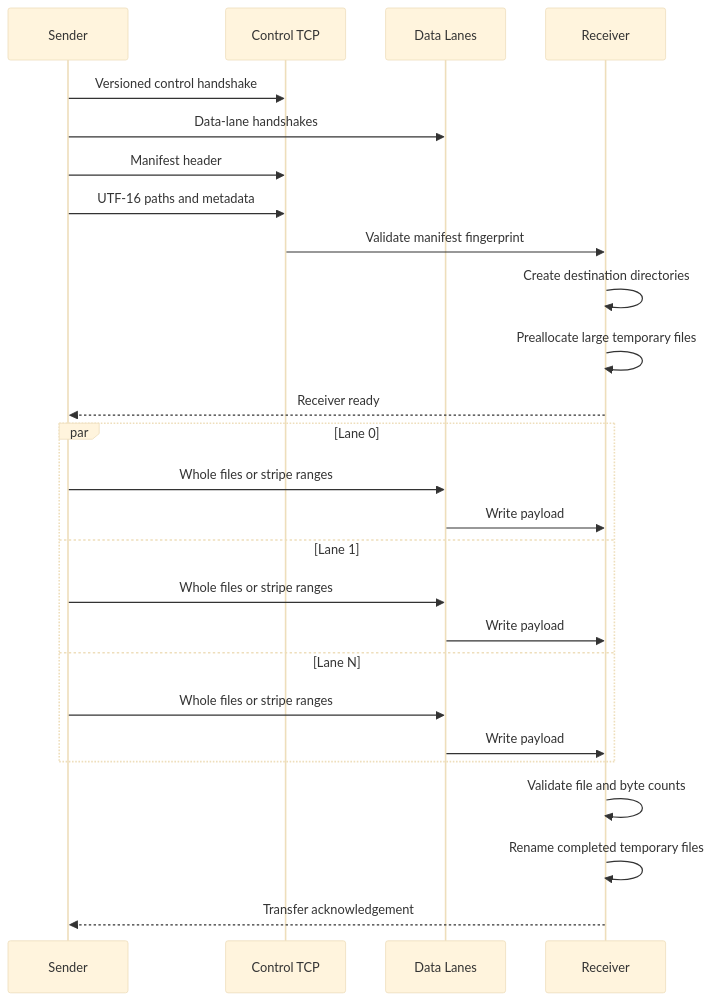
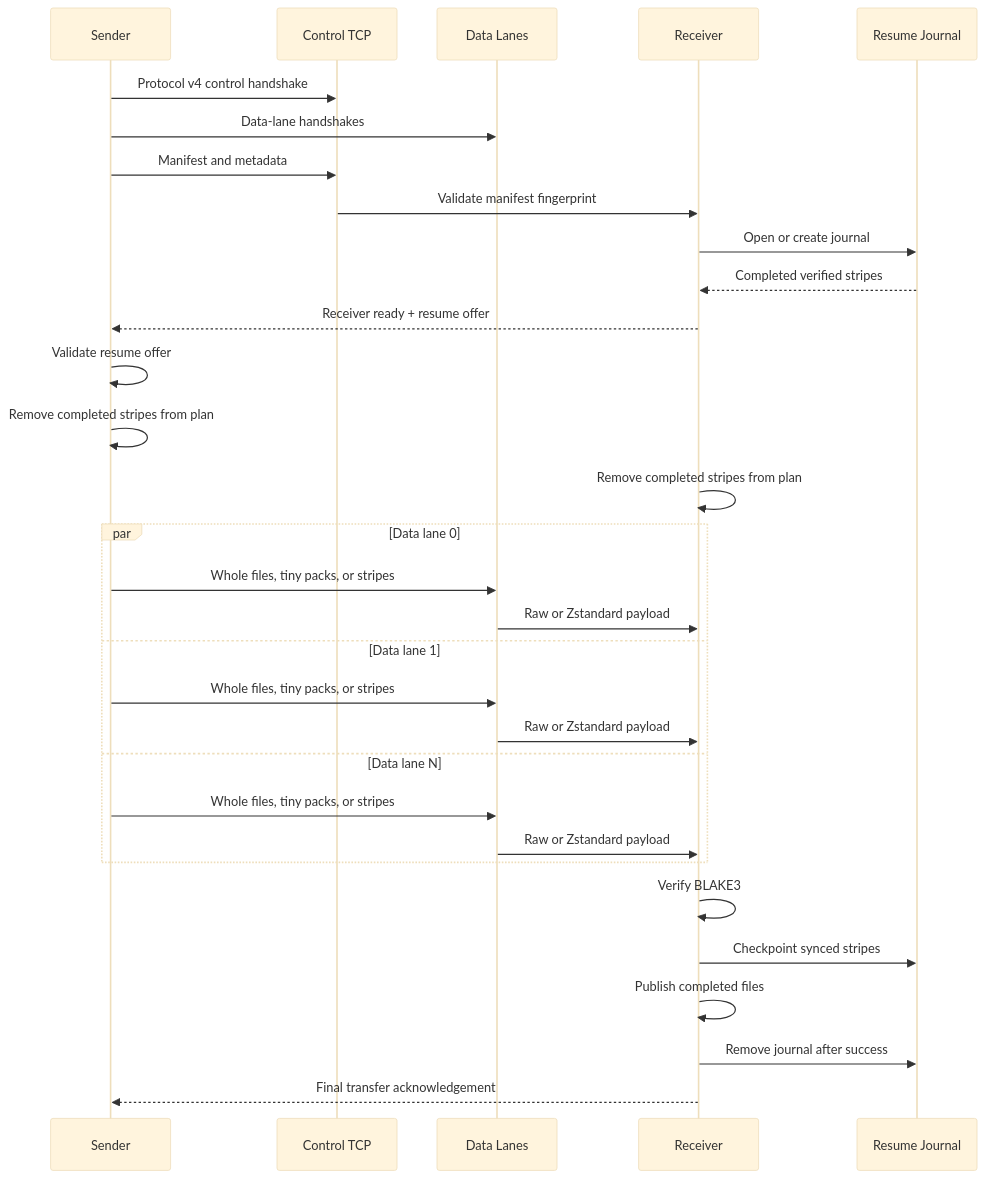
One commit to Nemeth-Tamas/networkcopy-speed changed the third of 3 diagrams in README.md. Above: the diagram before and after it, drawn with Mermaid (base theme). The commit also changed other lines of this file, not shown here.

Commit message:
docs: update project status and architecture

````diff
--- a/README.md
+++ b/README.md
@@ -195,31 +339,38 @@
 ```mermaid
 sequenceDiagram
     participant S as Sender
     participant C as Control TCP
     participant D as Data Lanes
     participant R as Receiver
+    participant J as Resume Journal
 
-    S->>C: Versioned control handshake
+    S->>C: Protocol v4 control handshake
     S->>D: Data-lane handshakes
-    S->>C: Manifest header
-    S->>C: UTF-16 paths and metadata
+    S->>C: Manifest and metadata
     C->>R: Validate manifest fingerprint
-    R->>R: Create destination directories
-    R->>R: Preallocate large temporary files
-    R-->>S: Receiver ready
 
-    par Lane 0
-        S->>D: Whole files or stripe ranges
-        D->>R: Write payload
-    and Lane 1
-        S->>D: Whole files or stripe ranges
-        D->>R: Write payload
-    and Lane N
-        S->>D: Whole files or stripe ranges
-        D->>R: Write payload
+    R->>J: Open or create journal
+    J-->>R: Completed verified stripes
+    R-->>S: Receiver ready + resume offer
+
+    S->>S: Validate resume offer
+    S->>S: Remove completed stripes from plan
+    R->>R: Remove completed stripes from plan
+
+    par Data lane 0
+        S->>D: Whole files, tiny packs, or stripes
+        D->>R: Raw or Zstandard payload
+    and Data lane 1
+        S->>D: Whole files, tiny packs, or stripes
+        D->>R: Raw or Zstandard payload
+    and Data lane N
+        S->>D: Whole files, tiny packs, or stripes
+        D->>R: Raw or Zstandard payload
     end
 
-    R->>R: Validate file and byte counts
-    R->>R: Rename completed temporary files
-    R-->>S: Transfer acknowledgement
+    R->>R: Verify BLAKE3
+    R->>J: Checkpoint synced stripes
+    R->>R: Publish completed files
+    R->>J: Remove journal after success
+    R-->>S: Final transfer acknowledgement
 ```
````
